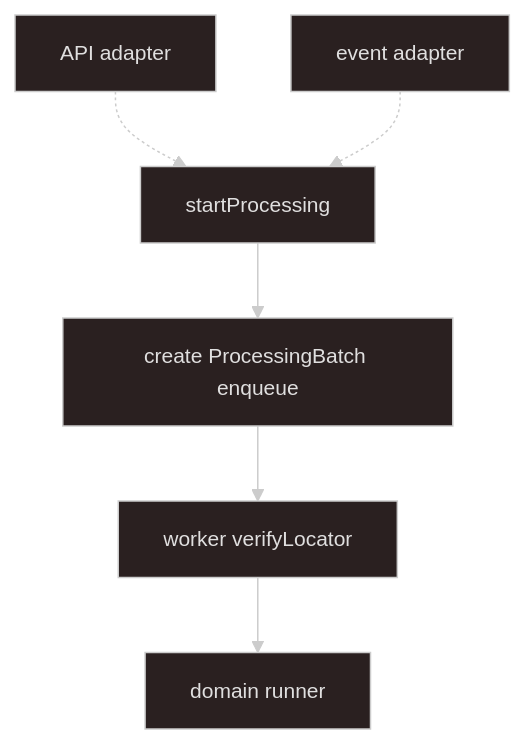
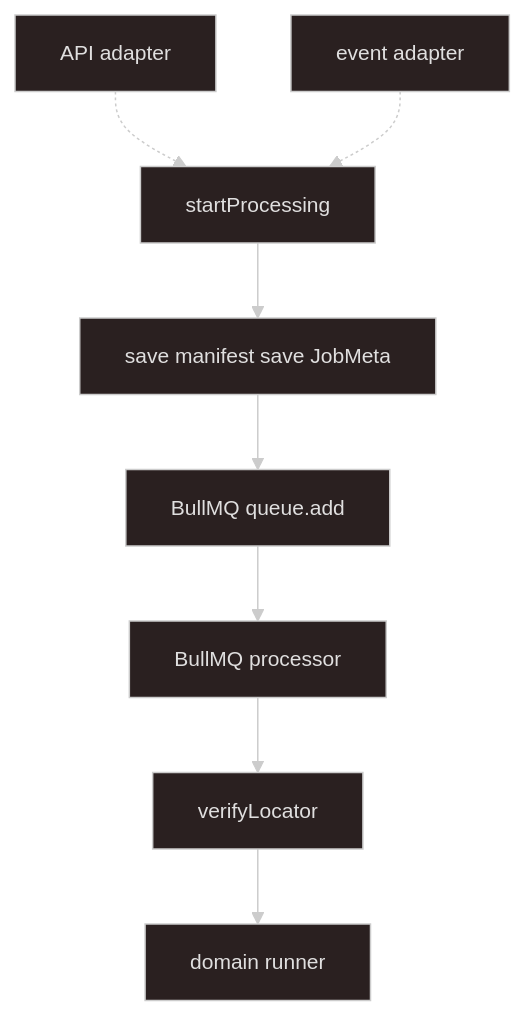
Before and after one commit to kyung-lee-official/turborepo-sandbox: the diagram in .cursor/skills/async-processing/SKILL.md, drawn with Mermaid. The commit also changed other lines of this file, not shown here.

First line of the commit message:
feat: update async-processing skill to use ProcessingManifest and BullMQ

````diff
--- a/.cursor/skills/async-processing/SKILL.md
+++ b/.cursor/skills/async-processing/SKILL.md
@@ -25,19 +26,23 @@
 ```mermaid
 ---
 config:
   theme: neo-dark
 ---
 flowchart TD
   apiAdp["API adapter"]
   eventAdp["event adapter"]
   start["startProcessing"]
-  batch["create ProcessingBatch enqueue"]
-  worker["worker verifyLocator"]
+  manifest["save manifest save JobMeta"]
+  enqueue["BullMQ queue.add"]
+  worker["BullMQ processor"]
+  verify["verifyLocator"]
   domain["domain runner"]
 
   apiAdp -.-> start
   eventAdp -.-> start
-  start --> batch
-  batch --> worker
-  worker --> domain
+  start --> manifest
+  manifest --> enqueue
+  enqueue --> worker
+  worker --> verify
+  verify --> domain
 ```
````
